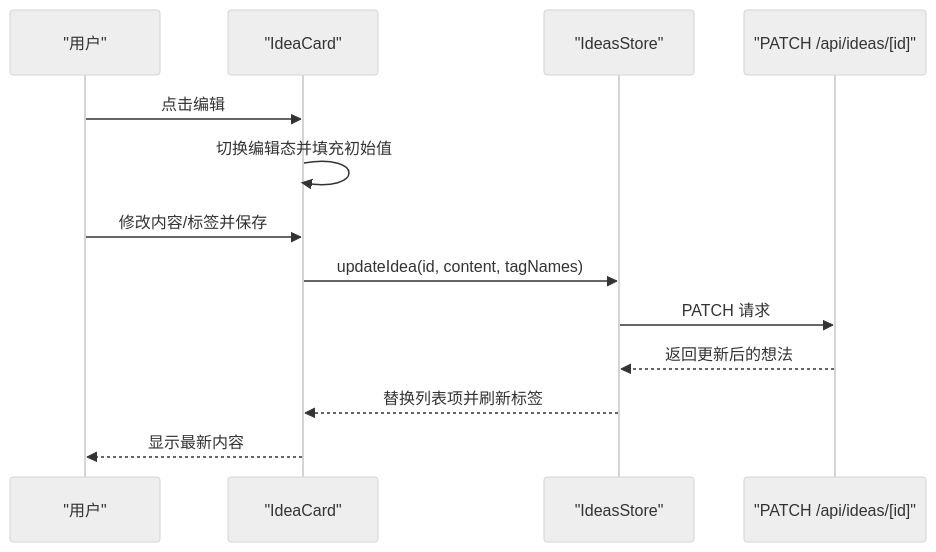
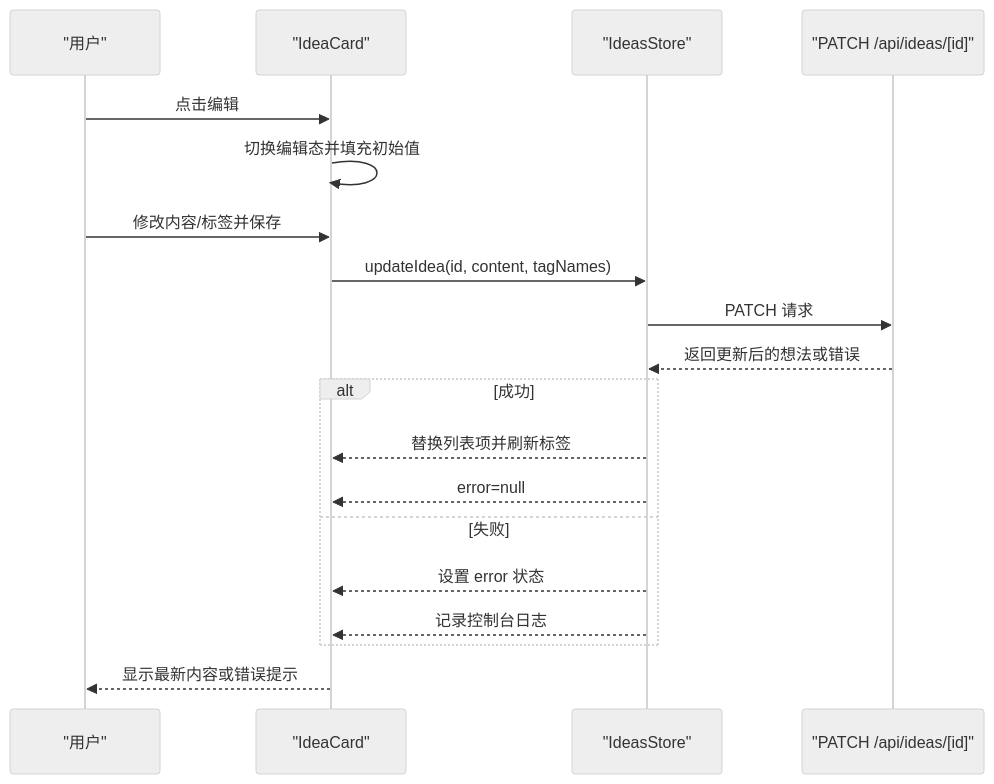
The sixth of 10 diagrams in .qoder/repowiki/zh/content/状态管理/想法状态.md (BlackBoxRecorder/uninote), drawn with Mermaid (neutral theme) before and after one commit. The commit also changed other lines of this file and 9 other files, not shown here.

````diff
--- a/.qoder/repowiki/zh/content/状态管理/想法状态.md
+++ b/.qoder/repowiki/zh/content/状态管理/想法状态.md
@@ -361,15 +403,21 @@
 ```mermaid
 sequenceDiagram
 participant U as "用户"
 participant Card as "IdeaCard"
 participant Store as "IdeasStore"
 participant API as "PATCH /api/ideas/[id]"
 U->>Card : 点击编辑
 Card->>Card : 切换编辑态并填充初始值
 U->>Card : 修改内容/标签并保存
 Card->>Store : updateIdea(id, content, tagNames)
 Store->>API : PATCH 请求
-API-->>Store : 返回更新后的想法
+API-->>Store : 返回更新后的想法或错误
+alt 成功
 Store-->>Card : 替换列表项并刷新标签
-Card-->>U : 显示最新内容
+Store-->>Card : error=null
+else 失败
+Store-->>Card : 设置 error 状态
+Store-->>Card : 记录控制台日志
+end
+Card-->>U : 显示最新内容或错误提示
 ```
````
